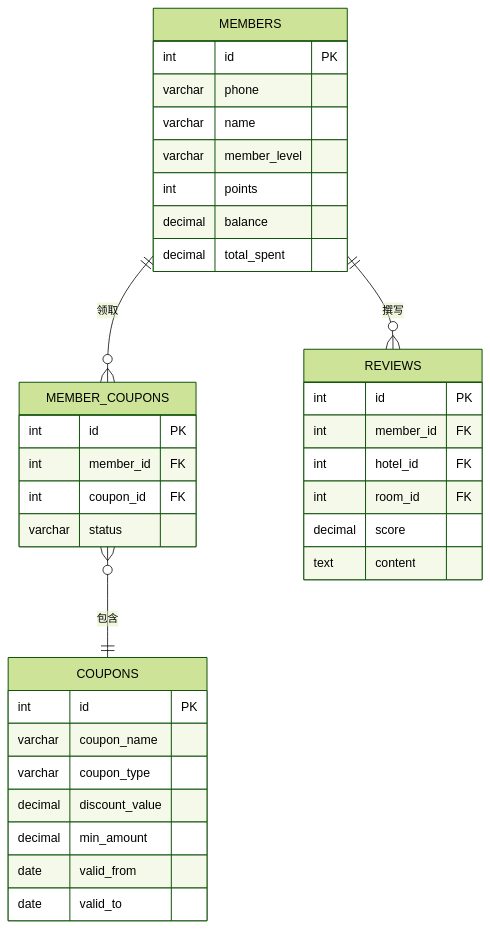
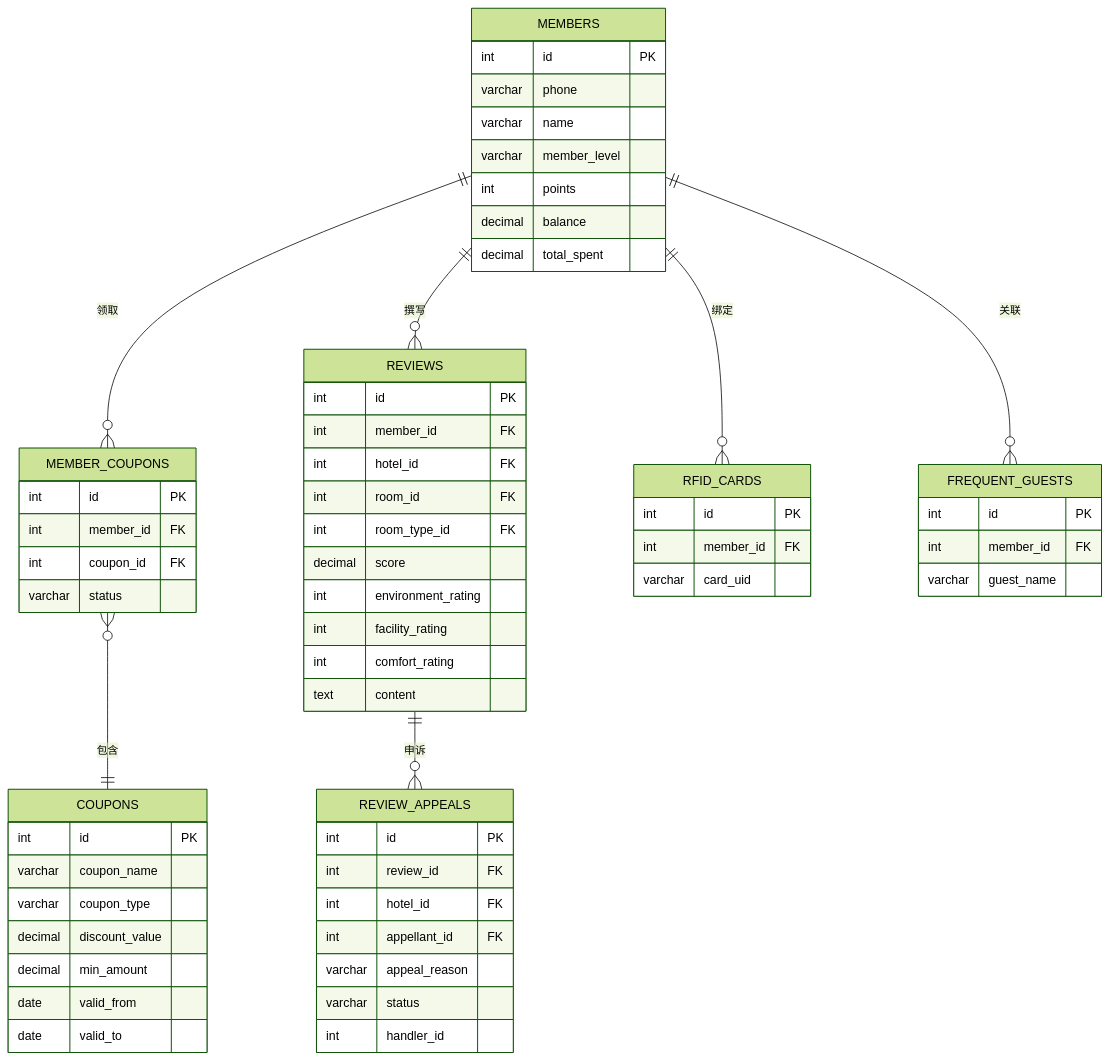
Before and after one commit to choisaaaaa/IoT_Smart_Hotel_System: the eighth of 19 diagrams in docs/database_er_diagram.md, drawn with Mermaid (forest theme). The commit also changed other lines of this file, not shown here.

First line of the commit message:
docs(database): 更新数据库E-R图文档至v2.0.0版本

````diff
--- a/docs/database_er_diagram.md
+++ b/docs/database_er_diagram.md
@@ -242,38 +369,64 @@
 ```mermaid
 erDiagram
     MEMBERS {
         int id PK
         varchar phone
         varchar name
         varchar member_level
         int points
         decimal balance
         decimal total_spent
     }
     COUPONS {
         int id PK
         varchar coupon_name
         varchar coupon_type
         decimal discount_value
         decimal min_amount
         date valid_from
         date valid_to
     }
     MEMBER_COUPONS {
         int id PK
         int member_id FK
         int coupon_id FK
         varchar status
     }
     REVIEWS {
         int id PK
         int member_id FK
         int hotel_id FK
         int room_id FK
+        int room_type_id FK
         decimal score
+        int environment_rating
+        int facility_rating
+        int comfort_rating
         text content
     }
+    REVIEW_APPEALS {
+        int id PK
+        int review_id FK
+        int hotel_id FK
+        int appellant_id FK
+        varchar appeal_reason
+        varchar status
+        int handler_id
+    }
+    RFID_CARDS {
+        int id PK
+        int member_id FK
+        varchar card_uid
+    }
+    FREQUENT_GUESTS {
+        int id PK
+        int member_id FK
+        varchar guest_name
+    }
     MEMBERS ||--o{ MEMBER_COUPONS : "领取"
+    MEMBERS ||--o{ REVIEWS : "撰写"
+    MEMBERS ||--o{ RFID_CARDS : "绑定"
+    MEMBERS ||--o{ FREQUENT_GUESTS : "关联"
     MEMBER_COUPONS }o--|| COUPONS : "包含"
-    MEMBERS ||--o{ REVIEWS : "撰写"
+    REVIEWS ||--o{ REVIEW_APPEALS : "申诉"
 ```
````
